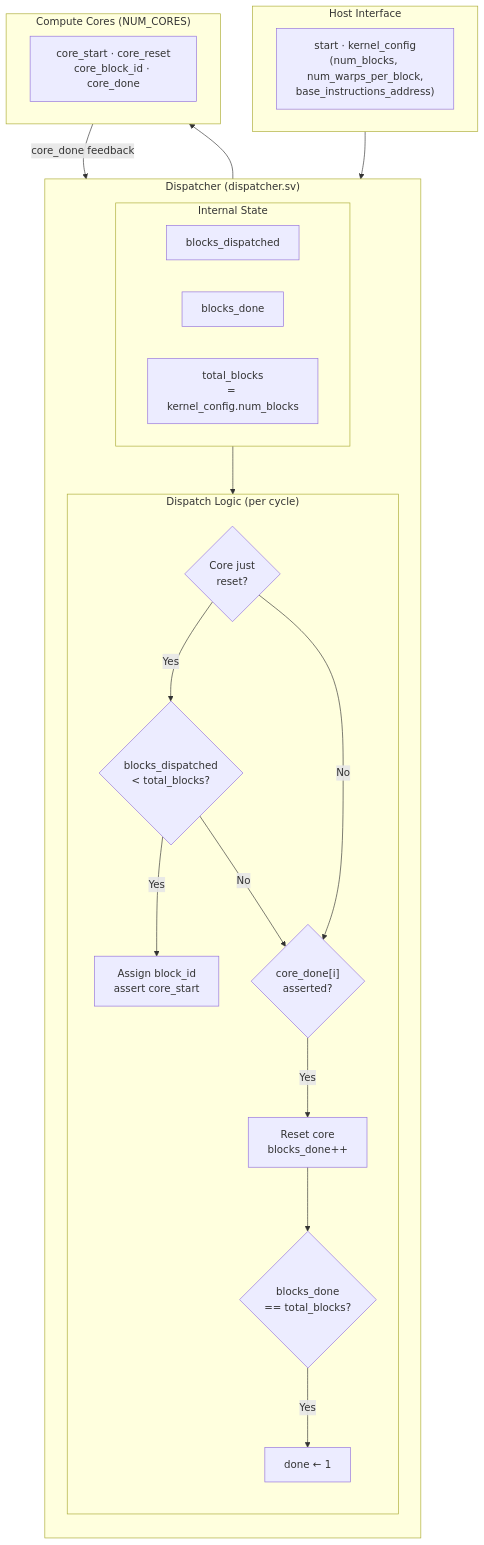
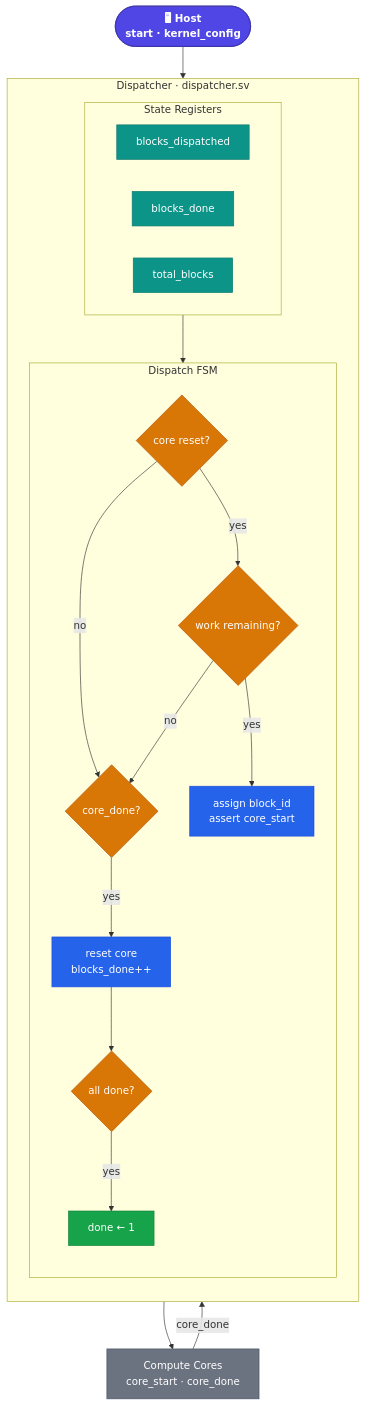
One commit to 1arka02/mini_virgo changed the second of 10 diagrams in README.md. Above: the diagram before and after it, drawn with Mermaid. The commit also changed other lines of this file and 9 other files, not shown here.

````diff
--- a/README.md
+++ b/README.md
@@ -109,47 +89,48 @@
 ```mermaid
 flowchart TB
-    subgraph Inputs ["Host Interface"]
-        direction LR
-        Host["start · kernel_config\n(num_blocks, num_warps_per_block,\nbase_instructions_address)"]
-    end
+    classDef host fill:#4f46e5,stroke:#3730a3,color:#fff,font-weight:bold
+    classDef state fill:#0d9488,stroke:#0f766e,color:#fff
+    classDef decision fill:#d97706,stroke:#b45309,color:#fff
+    classDef action fill:#2563eb,stroke:#1d4ed8,color:#fff
+    classDef done fill:#16a34a,stroke:#15803d,color:#fff
+    classDef core fill:#6b7280,stroke:#4b5563,color:#fff
 
-    subgraph Disp ["Dispatcher (dispatcher.sv)"]
+    Host(["🖥 Host\nstart · kernel_config"]):::host
+
+    subgraph Disp ["Dispatcher  ·  dispatcher.sv"]
         direction TB
 
-        subgraph State ["Internal State"]
+        subgraph State [" State Registers "]
             direction LR
-            BD["blocks_dispatched"]
-            BDone["blocks_done"]
-            TotalBlocks["total_blocks\n= kernel_config.num_blocks"]
+            BD["blocks_dispatched"]:::state
+            BDone["blocks_done"]:::state
+            Total["total_blocks"]:::state
         end
 
-        subgraph FSM ["Dispatch Logic (per cycle)"]
+        subgraph FSM [" Dispatch FSM "]
             direction TB
-            CheckReset{"Core just\nreset?"}
-            HasWork{"blocks_dispatched\n< total_blocks?"}
-            Assign["Assign block_id\nassert core_start"]
-            CheckDone{"core_done[i]\nasserted?"}
-            ResetCore["Reset core\nblocks_done++"]
-            KernelDone{"blocks_done\n== total_blocks?"}
-            Done["done ← 1"]
+            CheckReset{"core reset?"}:::decision
+            HasWork{"work remaining?"}:::decision
+            Assign["assign block_id\nassert core_start"]:::action
+            CheckDone{"core_done?"}:::decision
+            ResetCore["reset core\nblocks_done++"]:::action
+            KernelDone{"all done?"}:::decision
+            Done["done ← 1"]:::done
 
-            CheckReset -->|"Yes"| HasWork
-            HasWork -->|"Yes"| Assign
-            HasWork -->|"No"| CheckDone
-            CheckReset -->|"No"| CheckDone
-            CheckDone -->|"Yes"| ResetCore
+            CheckReset -->|"yes"| HasWork
+            CheckReset -->|"no"| CheckDone
+            HasWork -->|"yes"| Assign
+            HasWork -->|"no"| CheckDone
+            CheckDone -->|"yes"| ResetCore
             ResetCore --> KernelDone
-            KernelDone -->|"Yes"| Done
+            KernelDone -->|"yes"| Done
         end
     end
 
-    subgraph Cores ["Compute Cores (NUM_CORES)"]
-        direction LR
-        CoreCtrl["core_start · core_reset\ncore_block_id · core_done"]
-    end
+    CoreCtrl["Compute Cores\ncore_start · core_done"]:::core
 
     Host --> State
     State --> FSM
     FSM --> CoreCtrl
-    CoreCtrl -->|"core_done feedback"| FSM
+    CoreCtrl -->|"core_done"| FSM
 ```
````
